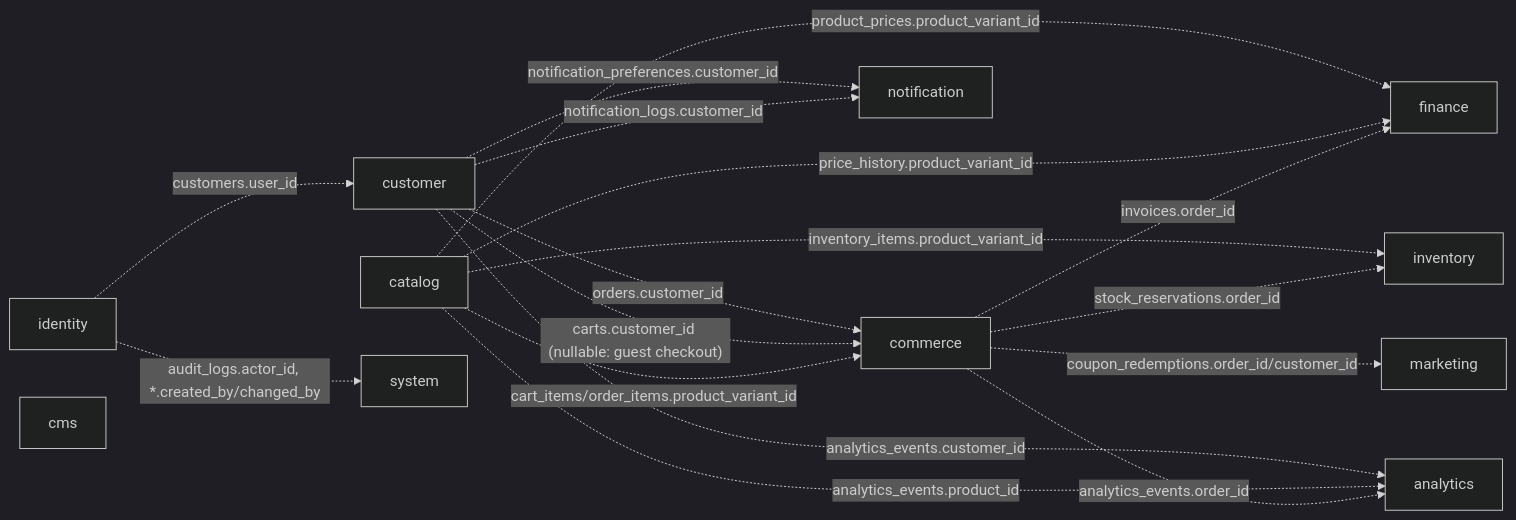
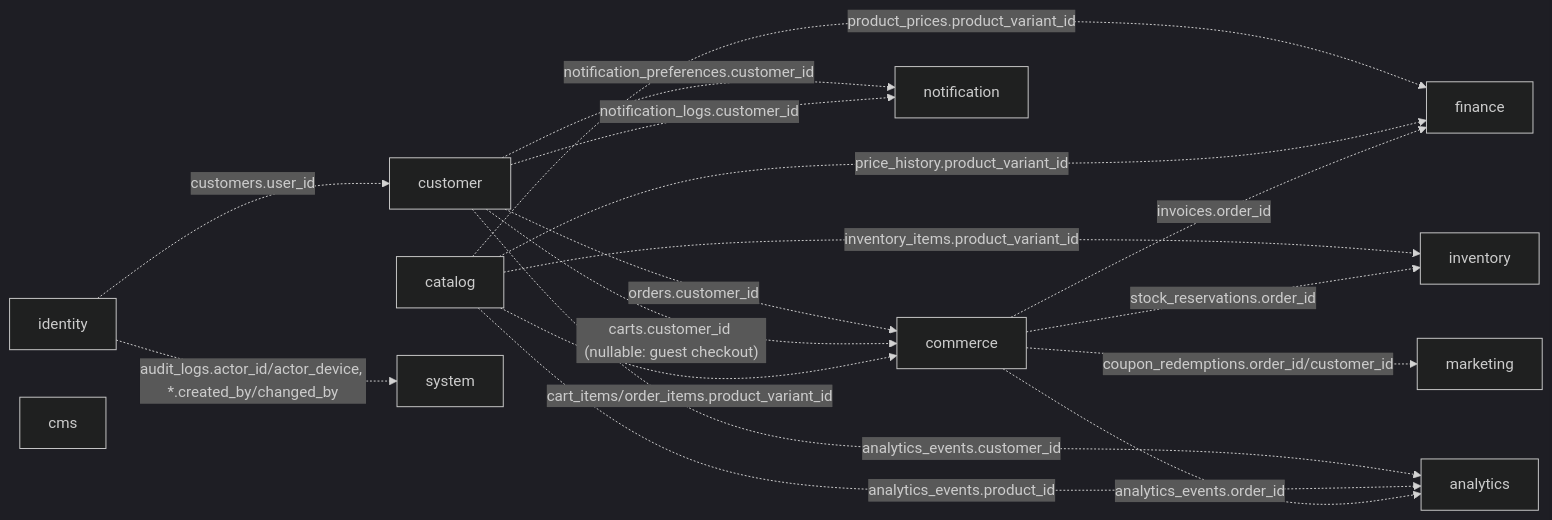
Before and after one commit to HuseinHbz/Didar: the first of 12 diagrams in docs/database/erd.md, drawn with Mermaid (dark theme). The commit also changed other lines of this file and 131 other files, not shown here.

````diff
--- a/docs/database/erd.md
+++ b/docs/database/erd.md
@@ -24,31 +24,31 @@
 ```mermaid
 graph LR
     identity["identity"]
     customer["customer"]
     catalog["catalog"]
     inventory["inventory"]
     commerce["commerce"]
     marketing["marketing"]
     finance["finance"]
     notification["notification"]
     cms["cms"]
     analytics["analytics"]
     system["system"]
 
     identity -. "customers.user_id" .-> customer
     customer -. "orders.customer_id" .-> commerce
     customer -. "carts.customer_id (nullable: guest checkout)" .-> commerce
     catalog -. "product_prices.product_variant_id" .-> finance
     catalog -. "price_history.product_variant_id" .-> finance
     catalog -. "inventory_items.product_variant_id" .-> inventory
     catalog -. "cart_items/order_items.product_variant_id" .-> commerce
     commerce -. "invoices.order_id" .-> finance
     commerce -. "stock_reservations.order_id" .-> inventory
     commerce -. "coupon_redemptions.order_id/customer_id" .-> marketing
     customer -. "notification_preferences.customer_id" .-> notification
     customer -. "notification_logs.customer_id" .-> notification
     customer -. "analytics_events.customer_id" .-> analytics
     catalog -. "analytics_events.product_id" .-> analytics
     commerce -. "analytics_events.order_id" .-> analytics
-    identity -. "audit_logs.actor_id, *.created_by/changed_by" .-> system
+    identity -. "audit_logs.actor_id/actor_device, *.created_by/changed_by" .-> system
 ```
````
